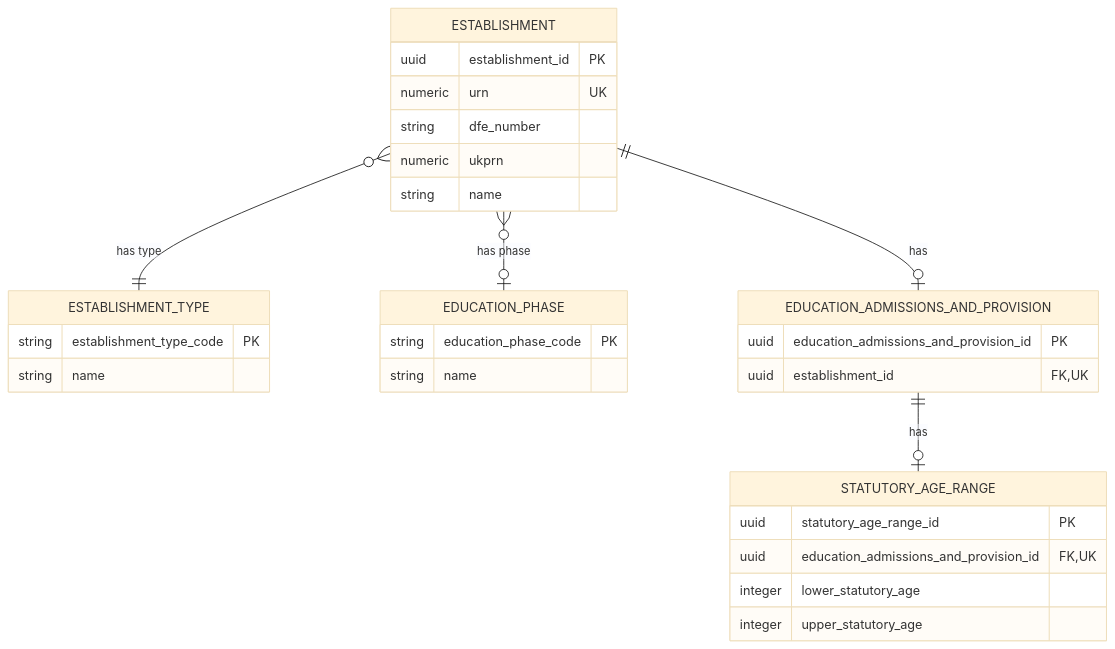
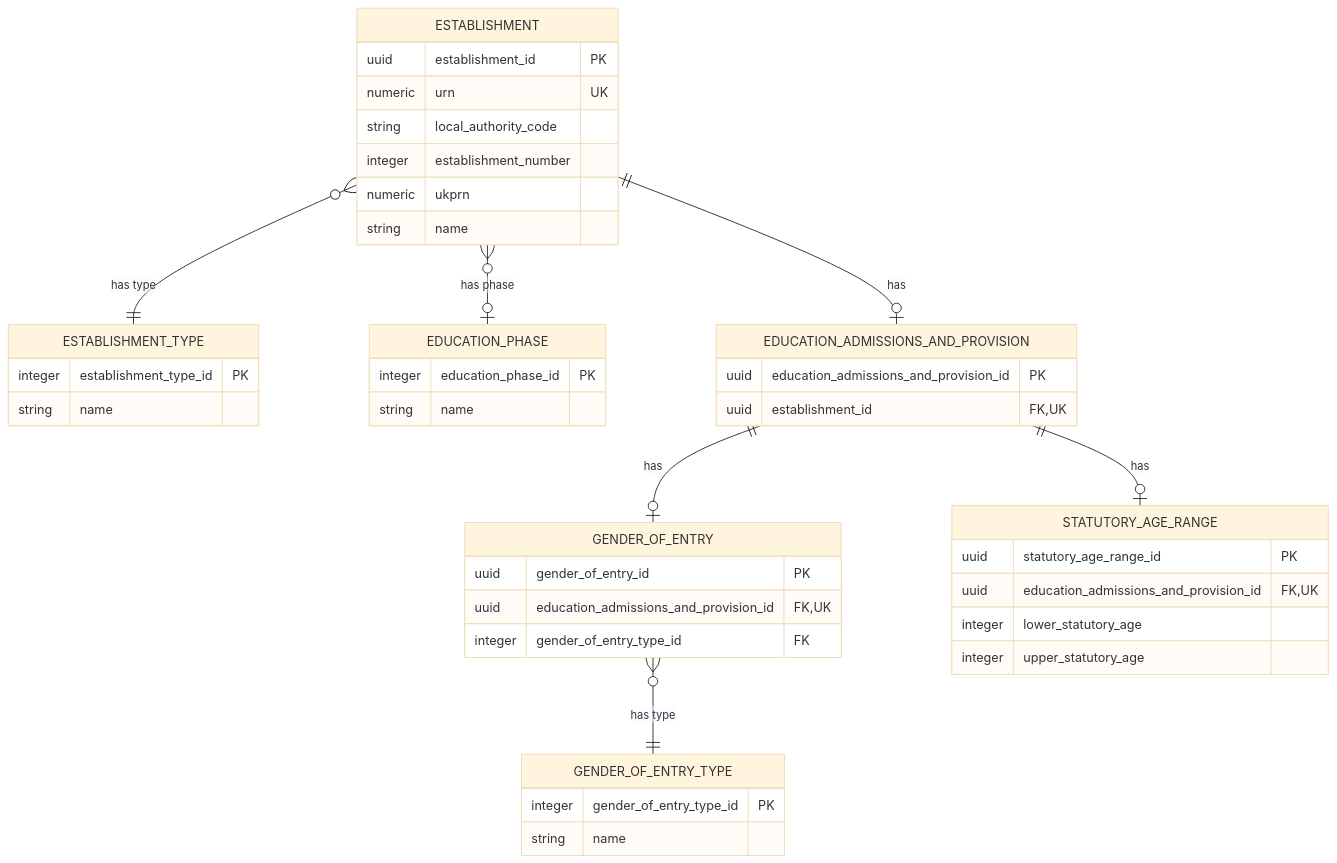
One commit to DFE-Digital/education-provider-registry-docs changed the diagram in models/logical/basic-establishment-data-logical-model.md. Above: the diagram before and after it, drawn with Mermaid (base theme). The commit also changed other lines of this file and 4 other files, not shown here.

````diff
--- a/models/logical/basic-establishment-data-logical-model.md
+++ b/models/logical/basic-establishment-data-logical-model.md
@@ -34,37 +35,51 @@
 ```mermaid
 erDiagram
     ESTABLISHMENT }o--|| ESTABLISHMENT_TYPE : "has type"
     ESTABLISHMENT }o--o| EDUCATION_PHASE : "has phase"
     ESTABLISHMENT ||--o| EDUCATION_ADMISSIONS_AND_PROVISION : "has"
+    EDUCATION_ADMISSIONS_AND_PROVISION ||--o| GENDER_OF_ENTRY : "has"
+    GENDER_OF_ENTRY }o--|| GENDER_OF_ENTRY_TYPE : "has type"
     EDUCATION_ADMISSIONS_AND_PROVISION ||--o| STATUTORY_AGE_RANGE : "has"
 
     ESTABLISHMENT {
         uuid establishment_id PK
         numeric urn UK
-        string dfe_number
+        string local_authority_code
+        integer establishment_number
         numeric ukprn
         string name
     }
 
     ESTABLISHMENT_TYPE {
-        string establishment_type_code PK
+        integer establishment_type_id PK
         string name
     }
 
     EDUCATION_PHASE {
-        string education_phase_code PK
+        integer education_phase_id PK
+        string name
+    }
+
+    GENDER_OF_ENTRY {
+        uuid gender_of_entry_id PK
+        uuid education_admissions_and_provision_id FK, UK
+        integer gender_of_entry_type_id FK
+    }
+
+    GENDER_OF_ENTRY_TYPE {
+        integer gender_of_entry_type_id PK
         string name
     }
 
     EDUCATION_ADMISSIONS_AND_PROVISION {
         uuid education_admissions_and_provision_id PK
         uuid establishment_id FK, UK
     }
 
     STATUTORY_AGE_RANGE {
         uuid statutory_age_range_id PK
         uuid education_admissions_and_provision_id FK, UK
         integer lower_statutory_age
         integer upper_statutory_age
     }
 ```
````
